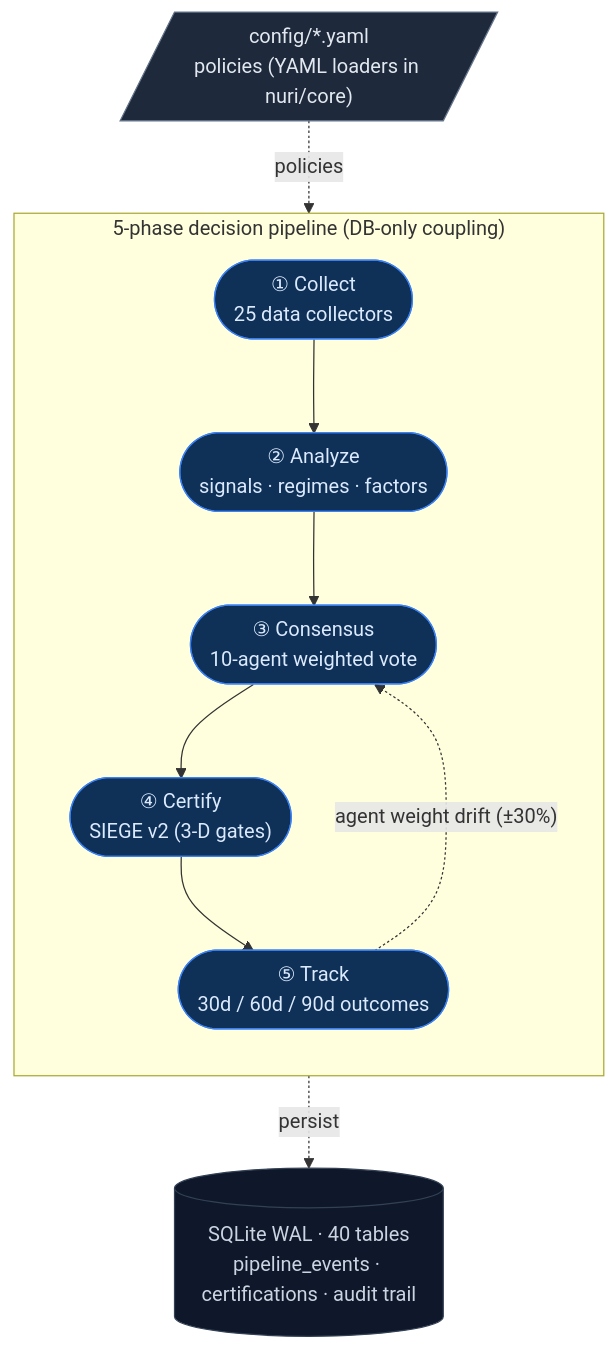
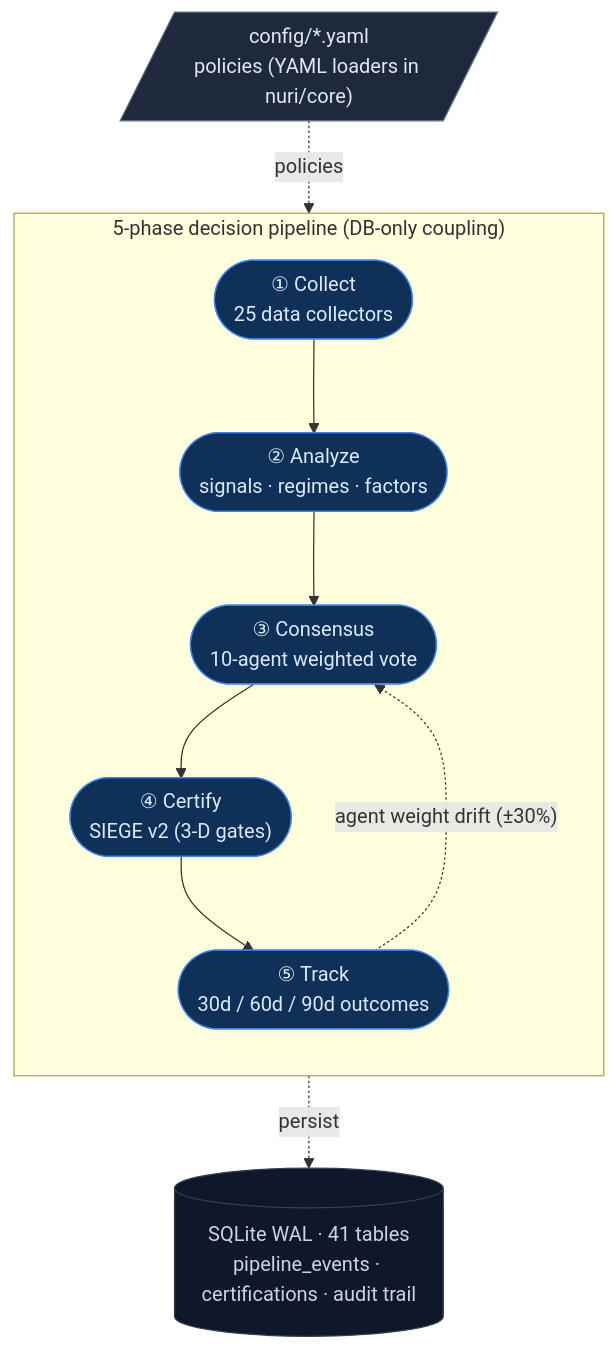
Before and after one commit to researcherhojin/nuri-quant: the diagram in README.md, drawn with Mermaid. The commit also changed 8 other files, not shown here.

````diff
--- a/README.md
+++ b/README.md
@@ -17,25 +17,25 @@
 ```mermaid
 flowchart TB
     CFG[/"config/*.yaml<br/>policies (YAML loaders in nuri/core)"/]:::source
 
     subgraph Pipeline["5-phase decision pipeline (DB-only coupling)"]
         direction TB
         A(["① Collect<br/>25 data collectors"]):::pipe
         B(["② Analyze<br/>signals · regimes · factors"]):::pipe
         C(["③ Consensus<br/>10-agent weighted vote"]):::pipe
         D(["④ Certify<br/>SIEGE v2 (3-D gates)"]):::pipe
         E(["⑤ Track<br/>30d / 60d / 90d outcomes"]):::pipe
 
         A --> B --> C --> D --> E
         E -. "agent weight drift (±30%)" .-> C
     end
 
-    DB[("SQLite WAL · 40 tables<br/>pipeline_events · certifications · audit trail")]:::sink
+    DB[("SQLite WAL · 41 tables<br/>pipeline_events · certifications · audit trail")]:::sink
 
     CFG -. policies .-> Pipeline
     Pipeline -. persist .-> DB
 
     classDef source fill:#1e293b,stroke:#64748b,color:#e2e8f0
     classDef pipe   fill:#0f3057,stroke:#3b82f6,color:#dbeafe
     classDef sink   fill:#0f172a,stroke:#334155,color:#cbd5e1
 ```
````
